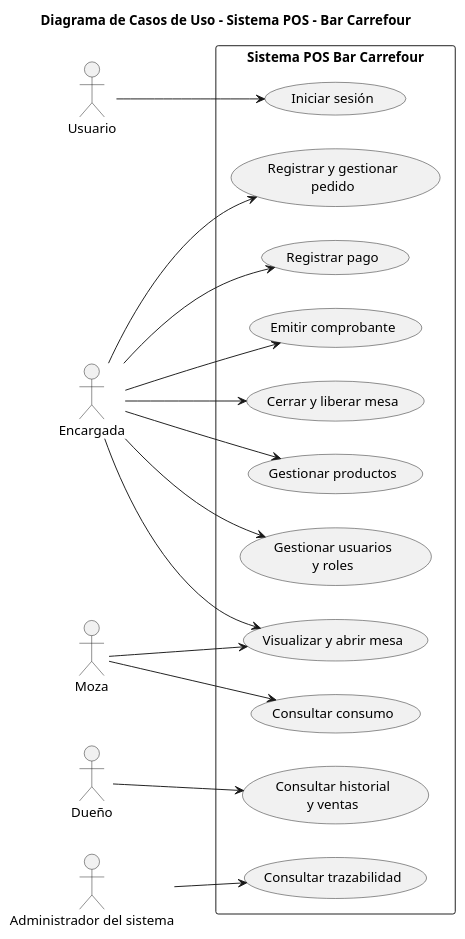
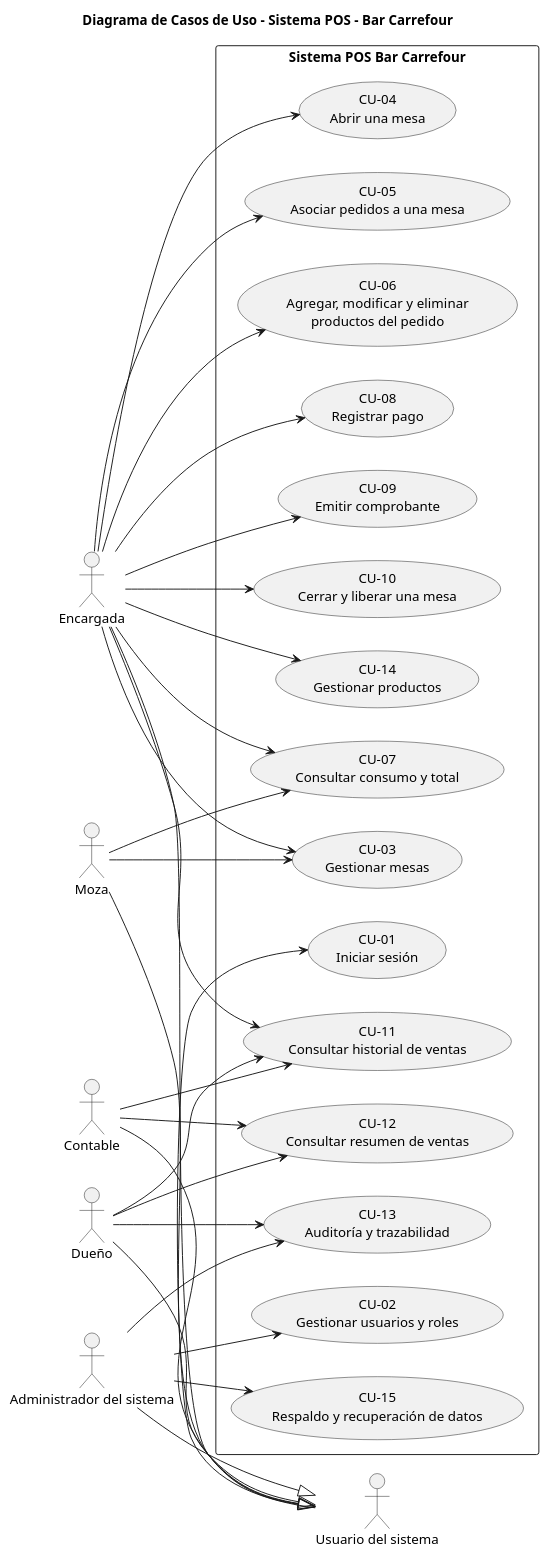
The diagram in diagramas/casos-de-uso.puml (joana2025-coder/eidas-grupo02-SistemaPointofsale), drawn with PlantUML before and after one commit. The commit also changed other lines of this file, not shown here.

Commit message:
Actualizacion diagrama de casos de uso

```diff
--- a/diagramas/casos-de-uso.puml
+++ b/diagramas/casos-de-uso.puml
@@ -1,51 +2,81 @@
 @startuml
 
 title Diagrama de Casos de Uso - Sistema POS - Bar Carrefour
 
 left to right direction
 
-actor "Usuario" as USU
+actor "Usuario del sistema" as USU
 actor "Encargada" as ENC
 actor "Moza" as MOZ
 actor "Dueño" as DUE
+actor "Contable" as CON
 actor "Administrador del sistema" as ADM
+
+' Los roles específicos son tipos de usuario del sistema
+ENC --|> USU
+MOZ --|> USU
+DUE --|> USU
+CON --|> USU
+ADM --|> USU
 
 rectangle "Sistema POS Bar Carrefour" {
 
-    usecase "Iniciar sesión" as UC01
-    usecase "Gestionar usuarios\ny roles" as UC02
-    usecase "Visualizar y abrir mesa" as UC03
-    usecase "Registrar y gestionar\npedido" as UC04
-    usecase "Consultar consumo" as UC05
-    usecase "Registrar pago" as UC06
-    usecase "Emitir comprobante" as UC07
-    usecase "Cerrar y liberar mesa" as UC08
-    usecase "Consultar historial\ny ventas" as UC09
-    usecase "Consultar trazabilidad" as UC10
-    usecase "Gestionar productos" as UC11
+    usecase "CU-01\nIniciar sesión" as UC01
+    usecase "CU-02\nGestionar usuarios y roles" as UC02
+    usecase "CU-03\nGestionar mesas" as UC03
+    usecase "CU-04\nAbrir una mesa" as UC04
+    usecase "CU-05\nAsociar pedidos a una mesa" as UC05
+    usecase "CU-06\nAgregar, modificar y eliminar\nproductos del pedido" as UC06
+    usecase "CU-07\nConsultar consumo y total" as UC07
+    usecase "CU-08\nRegistrar pago" as UC08
+    usecase "CU-09\nEmitir comprobante" as UC09
+    usecase "CU-10\nCerrar y liberar una mesa" as UC10
+    usecase "CU-11\nConsultar historial de ventas" as UC11
+    usecase "CU-12\nConsultar resumen de ventas" as UC12
+    usecase "CU-13\nAuditoría y trazabilidad" as UC13
+    usecase "CU-14\nGestionar productos" as UC14
+    usecase "CU-15\nRespaldo y recuperación de datos" as UC15
 
 }
 
-' Relaciones del actor Usuario
+' Inicio de sesión
 USU --> UC01
 
-' Relaciones de la Encargada
-ENC --> UC02
+' Gestión de usuarios y roles
+ADM --> UC02
+
+' Gestión y apertura de mesas
 ENC --> UC03
+MOZ --> UC03
 ENC --> UC04
+
+' Pedidos y consumo
+ENC --> UC05
 ENC --> UC06
+MOZ --> UC07
 ENC --> UC07
+
+' Cobro y cierre
 ENC --> UC08
+ENC --> UC09
+ENC --> UC10
+
+' Consultas de ventas
+DUE --> UC11
 ENC --> UC11
+CON --> UC11
 
-' Relaciones de la Moza
-MOZ --> UC03
-MOZ --> UC05
+DUE --> UC12
+CON --> UC12
 
-' Relaciones del Dueño
-DUE --> UC09
+' Auditoría
+DUE --> UC13
+ADM --> UC13
 
-' Relaciones del Administrador
-ADM --> UC10
+' Catálogo de productos
+ENC --> UC14
+
+' Respaldo y recuperación
+ADM --> UC15
 
 @enduml
```
